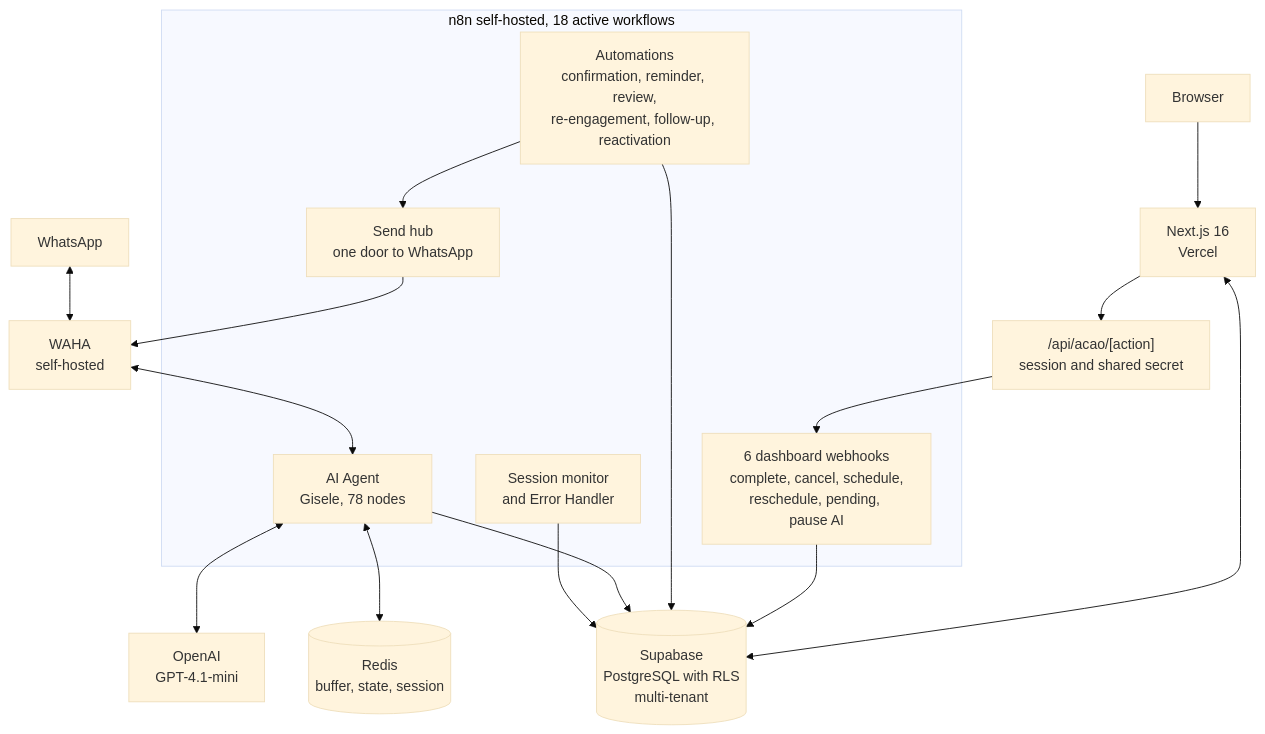
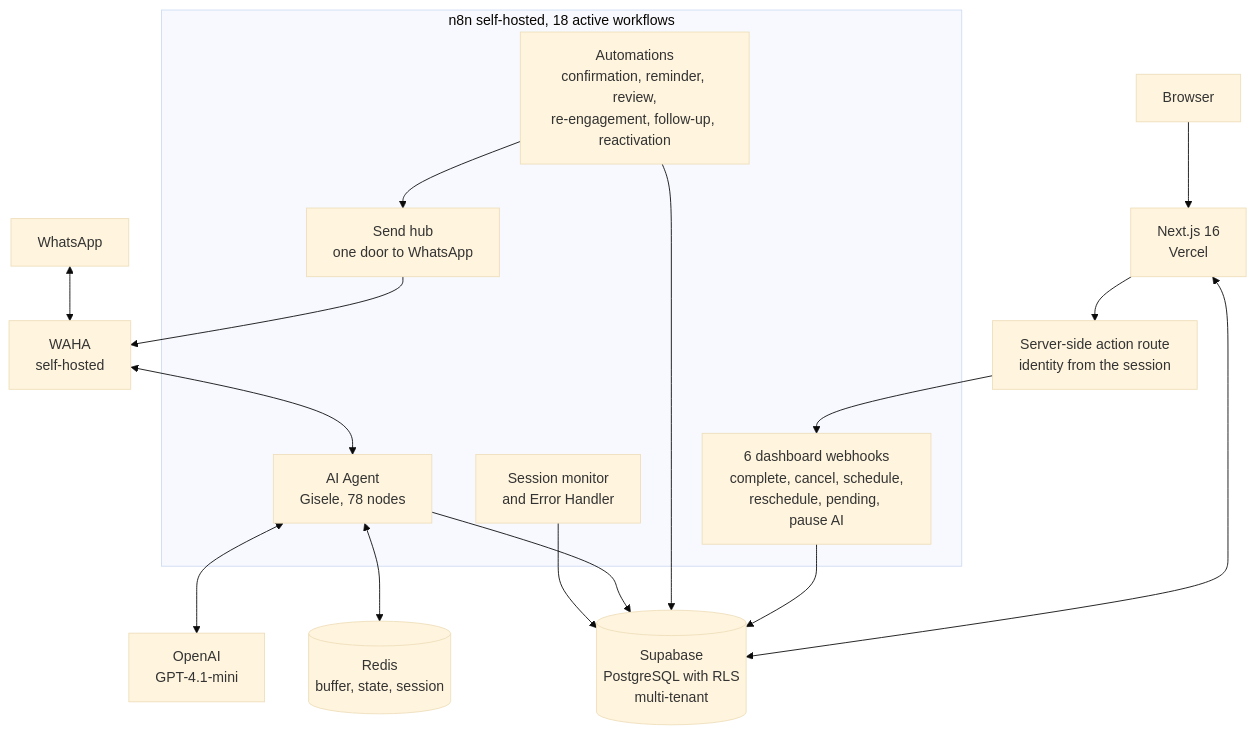
The diagram in README.md (Guilherme-Bosco/mns-control-showcase), drawn with Mermaid (base theme) before and after one commit. The commit also changed other lines of this file, not shown here.

````diff
--- a/README.md
+++ b/README.md
@@ -95,36 +95,36 @@
 ```mermaid
 flowchart TB
     WA["WhatsApp"]
     WAHA["WAHA<br/>self-hosted"]
     GPT["OpenAI<br/>GPT-4.1-mini"]
     Redis[("Redis<br/>buffer, state, session")]
 
     subgraph n8n_layer["n8n self-hosted, 18 active workflows"]
         Agent["AI Agent<br/>Gisele, 78 nodes"]
         Central["Send hub<br/>one door to WhatsApp"]
         Auto["Automations<br/>confirmation, reminder, review,<br/>re-engagement, follow-up, reactivation"]
         Webhooks["6 dashboard webhooks<br/>complete, cancel, schedule,<br/>reschedule, pending, pause AI"]
         Monitor["Session monitor<br/>and Error Handler"]
     end
 
     Browser["Browser"]
     NextJS["Next.js 16<br/>Vercel"]
-    Route["/api/acao/[action]<br/>session and shared secret"]
+    Route["Server-side action route<br/>identity from the session"]
     Supabase[("Supabase<br/>PostgreSQL with RLS<br/>multi-tenant")]
 
     WA <--> WAHA
     WAHA <--> Agent
     Central --> WAHA
     Agent <--> GPT
     Agent <--> Redis
 
     Browser --> NextJS
     NextJS <--> Supabase
     NextJS --> Route
     Route --> Webhooks
     Webhooks --> Supabase
     Auto --> Central
     Auto --> Supabase
     Agent --> Supabase
     Monitor --> Supabase
 ```
````
